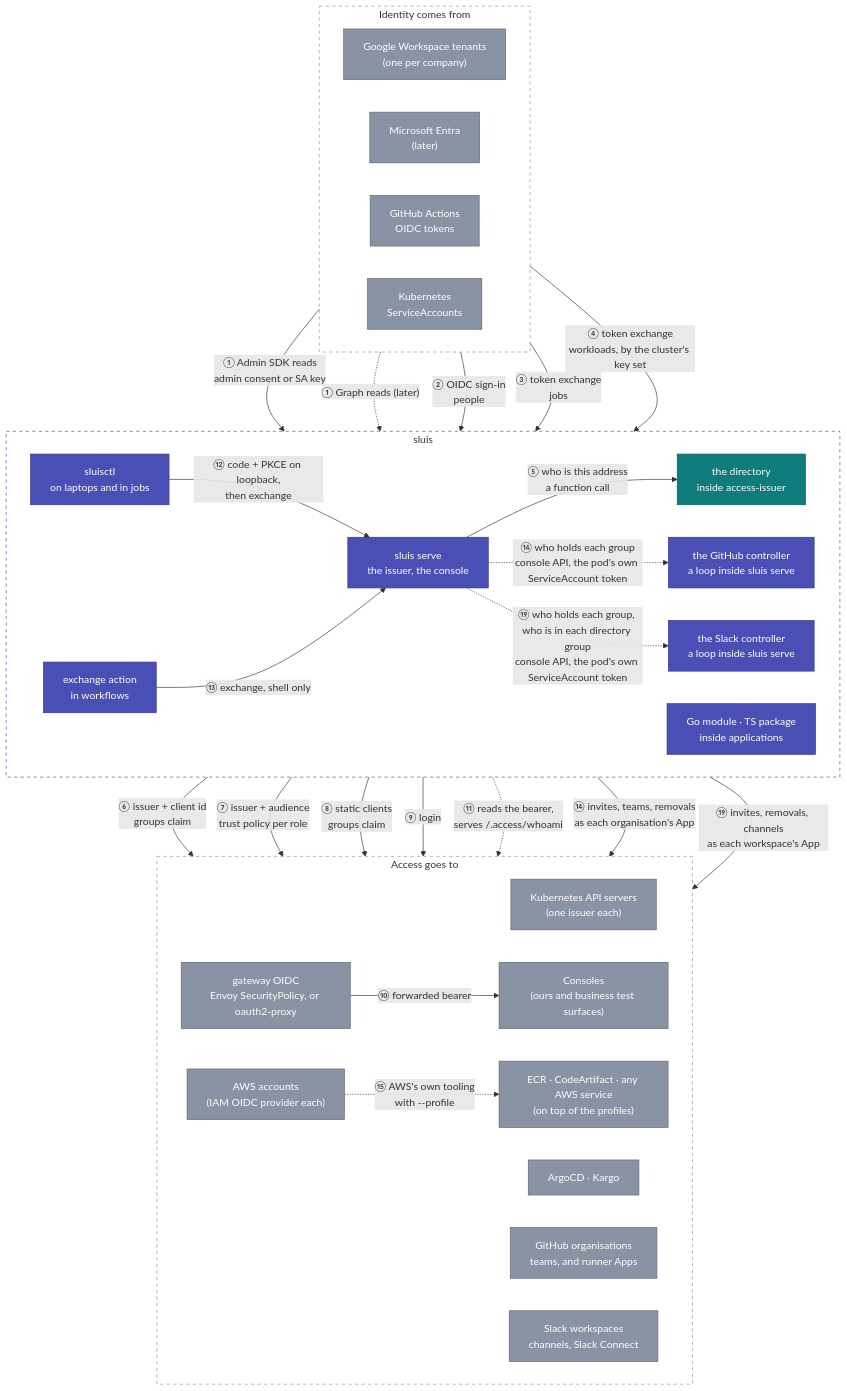
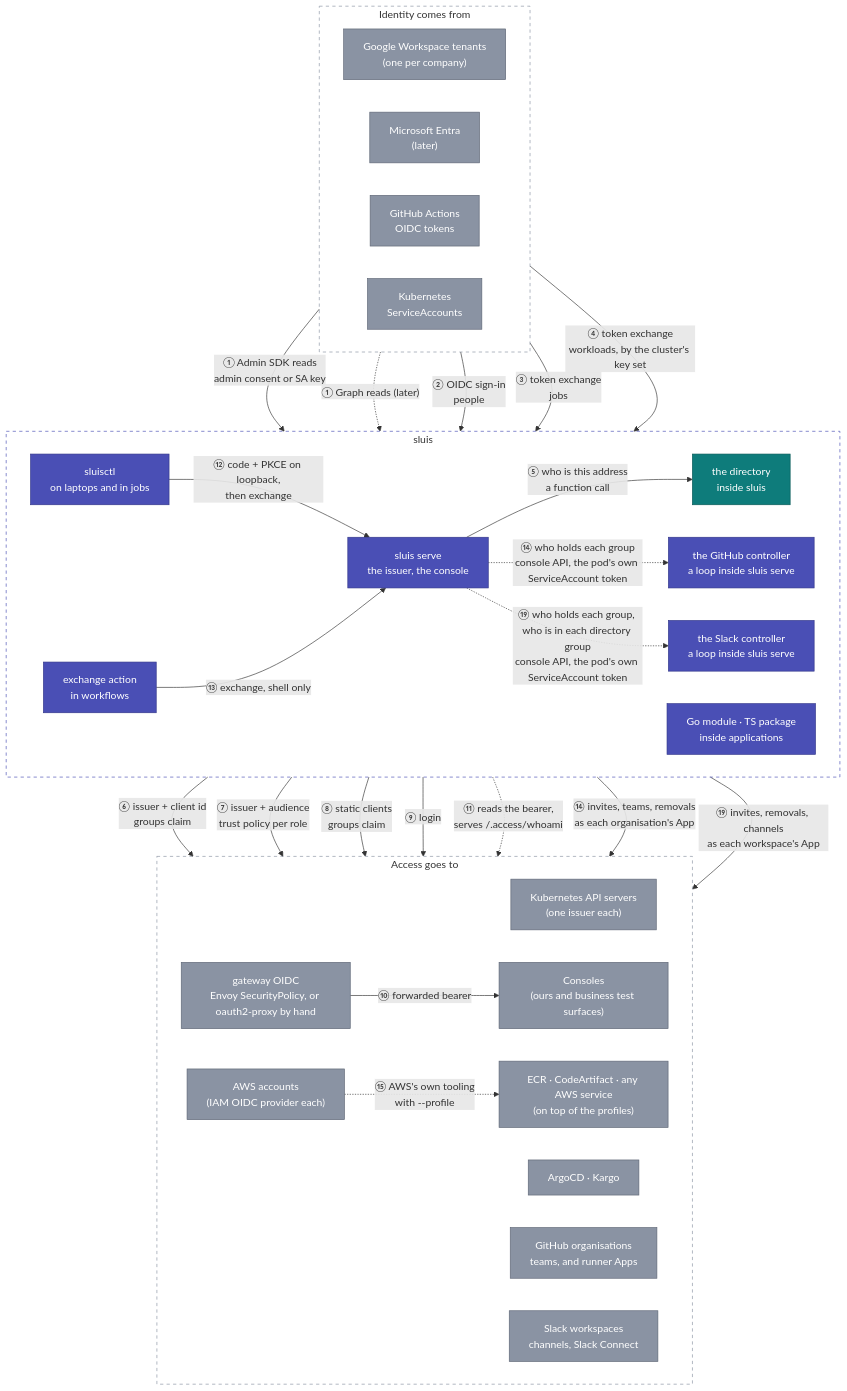
Before and after one commit to truvity/sluis: the diagram in docs/explanation/integrations.md, drawn with Mermaid. The commit also changed other lines of this file and 171 other files, not shown here.

````diff
--- a/docs/explanation/integrations.md
+++ b/docs/explanation/integrations.md
@@ -15,60 +11,60 @@
 ```mermaid
 flowchart TB
   subgraph in["Identity comes from"]
     direction LR
     gws["Google Workspace tenants<br/>(one per company)"]:::ext
     entra["Microsoft Entra<br/>(later)"]:::ext
     gh["GitHub Actions<br/>OIDC tokens"]:::ext
     sa["Kubernetes<br/>ServiceAccounts"]:::ext
   end
 
   subgraph ar["sluis"]
     direction LR
-    hub["the directory<br/>inside access-issuer"]:::hub
+    hub["the directory<br/>inside sluis"]:::hub
     iss["sluis serve<br/>the issuer, the console"]:::token
     ghr["the GitHub controller<br/>a loop inside sluis serve"]:::token
     slr["the Slack controller<br/>a loop inside sluis serve"]:::token
     lib["Go module · TS package<br/>inside applications"]:::token
     ctl["sluisctl<br/>on laptops and in jobs"]:::token
     act["exchange action<br/>in workflows"]:::token
   end
 
   subgraph out["Access goes to"]
     direction LR
     eks["Kubernetes API servers<br/>(one issuer each)"]:::ext
     aws["AWS accounts<br/>(IAM OIDC provider each)"]:::ext
     argo["ArgoCD · Kargo"]:::ext
-    proxy["gateway OIDC<br/>Envoy SecurityPolicy, or oauth2-proxy"]:::ext
+    proxy["gateway OIDC<br/>Envoy SecurityPolicy, or oauth2-proxy by hand"]:::ext
     consoles["Consoles<br/>(ours and business test surfaces)"]:::ext
     ghteams["GitHub organisations<br/>teams, and runner Apps"]:::ext
     slack["Slack workspaces<br/>channels, Slack Connect"]:::ext
     reg["ECR · CodeArtifact · any AWS service<br/>(on top of the profiles)"]:::ext
   end
 
   gws -- "① Admin SDK reads<br/>admin consent or SA key" --> hub
   entra -. "① Graph reads (later)" .-> hub
   gws -- "② OIDC sign-in<br/>people" --> iss
   gh -- "③ token exchange<br/>jobs" --> iss
   sa -- "④ token exchange<br/>workloads, by the cluster's key set" --> iss
   iss -- "⑤ who is this address<br/>a function call" --> hub
   iss -- "⑥ issuer + client id<br/>groups claim" --> eks
   iss -- "⑦ issuer + audience<br/>trust policy per role" --> aws
   iss -- "⑧ static clients<br/>groups claim" --> argo
   iss -- "⑨ login" --> proxy
   proxy -- "⑩ forwarded bearer" --> consoles
   lib -. "⑪ reads the bearer,<br/>serves /.access/whoami" .-> consoles
   ctl -- "⑫ code + PKCE on loopback,<br/>then exchange" --> iss
   act -- "⑬ exchange, shell only" --> iss
   iss -. "⑭ who holds each group<br/>console API, the pod's own ServiceAccount token" .-> ghr
   ghr -- "⑭ invites, teams, removals<br/>as each organisation's App" --> ghteams
   iss -. "⑲ who holds each group, who is in each directory group<br/>console API, the pod's own ServiceAccount token" .-> slr
   slr -- "⑲ invites, removals, channels<br/>as each workspace's App" --> slack
   aws -. "⑮ AWS's own tooling<br/>with --profile" .-> reg
 
   classDef ext fill:#8A93A3,stroke:#5E6675,color:#fff
   classDef hub fill:#0E7C7B,stroke:#0A5958,color:#fff
   classDef token fill:#4A4FB5,stroke:#33378A,color:#fff
   style in fill:none,stroke:#8A93A3,stroke-dasharray:5 5
   style out fill:none,stroke:#8A93A3,stroke-dasharray:5 5
   style ar fill:none,stroke:#4A4FB5,stroke-dasharray:5 5
 ```
````
